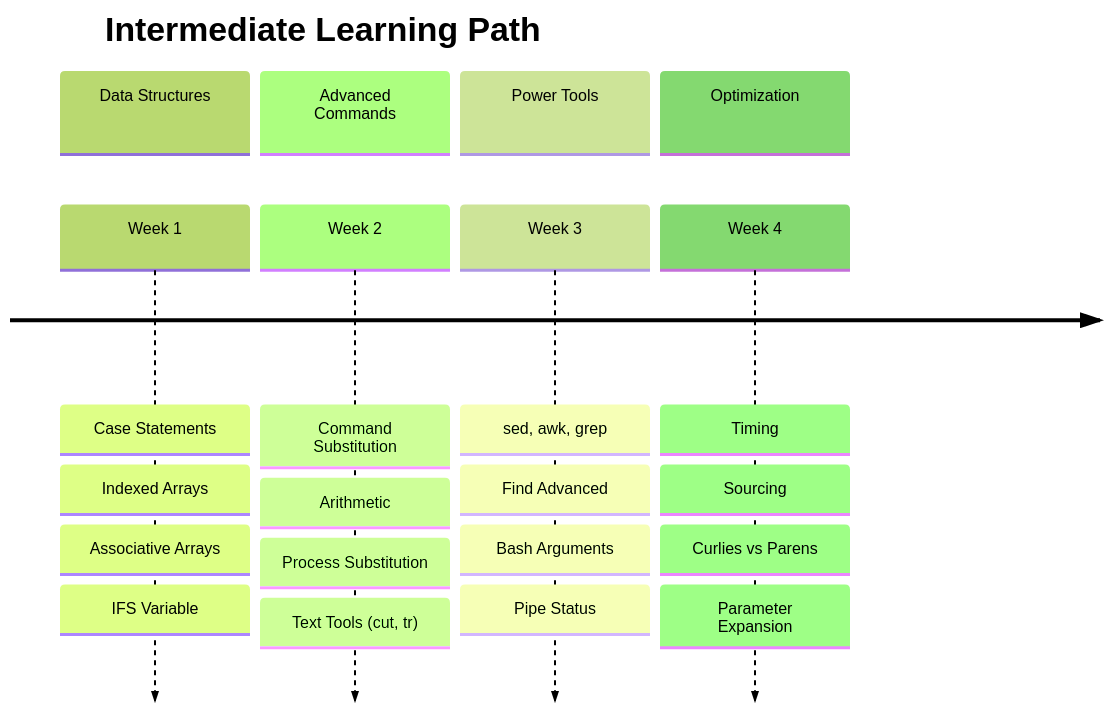
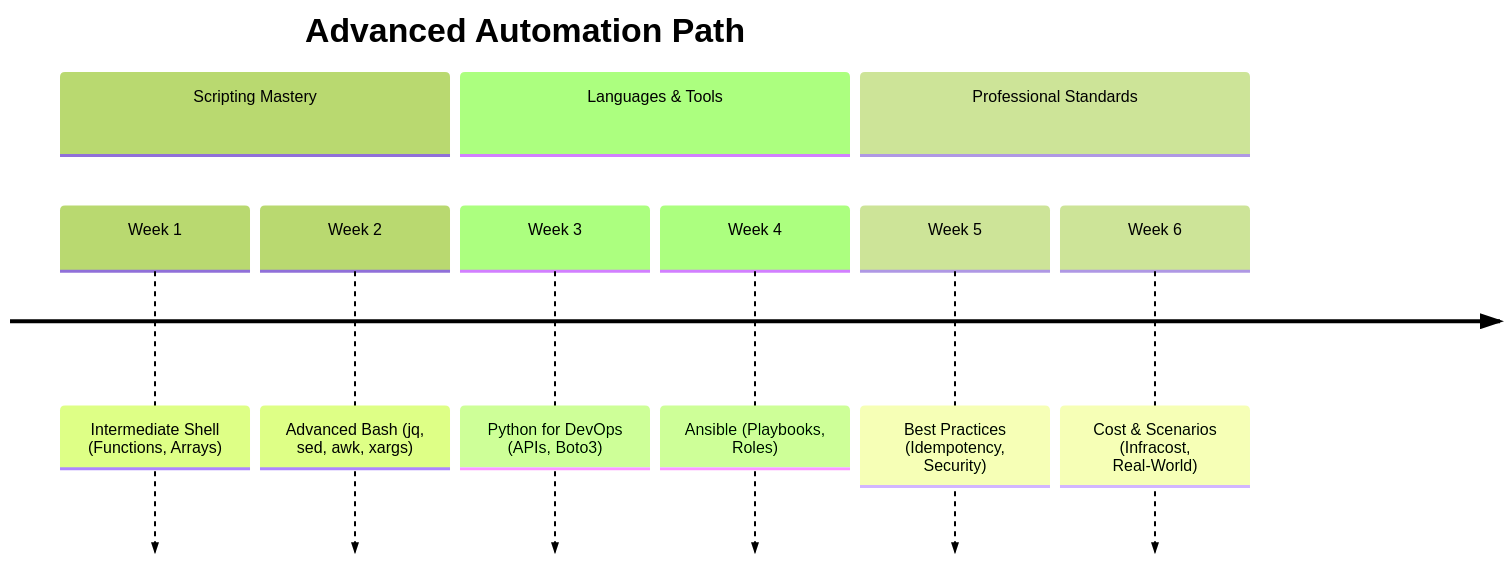
Before and after one commit to Ganil151/Devops: the second of 3 diagrams in 1-Beginner/02-Phase-2/01-Automation/AUTOMATION_MASTER_INDEX.md, drawn with Mermaid (forest theme). The commit also changed other lines of this file and 62 other files, not shown here.

````diff
--- a/1-Beginner/02-Phase-2/01-Automation/AUTOMATION_MASTER_INDEX.md
+++ b/1-Beginner/02-Phase-2/01-Automation/AUTOMATION_MASTER_INDEX.md
@@ -302,24 +298,13 @@
 ```mermaid
 timeline
-    title Intermediate Learning Path
-    section Data Structures
-        Week 1 : Case Statements
-               : Indexed Arrays
-               : Associative Arrays
-               : IFS Variable
-    section Advanced Commands
-        Week 2 : Command Substitution
-               : Arithmetic
-               : Process Substitution
-               : Text Tools (cut, tr)
-    section Power Tools
-        Week 3 : sed, awk, grep
-               : Find Advanced
-               : Bash Arguments
-               : Pipe Status
-    section Optimization
-        Week 4 : Timing
-               : Sourcing
-               : Curlies vs Parens
-               : Parameter Expansion
+    title Advanced Automation Path
+    section Scripting Mastery
+        Week 1 : Intermediate Shell (Functions, Arrays)
+        Week 2 : Advanced Bash (jq, sed, awk, xargs)
+    section Languages & Tools
+        Week 3 : Python for DevOps (APIs, Boto3)
+        Week 4 : Ansible (Playbooks, Roles)
+    section Professional Standards
+        Week 5 : Best Practices (Idempotency, Security)
+        Week 6 : Cost & Scenarios (Infracost, Real-World)
 ```
````
